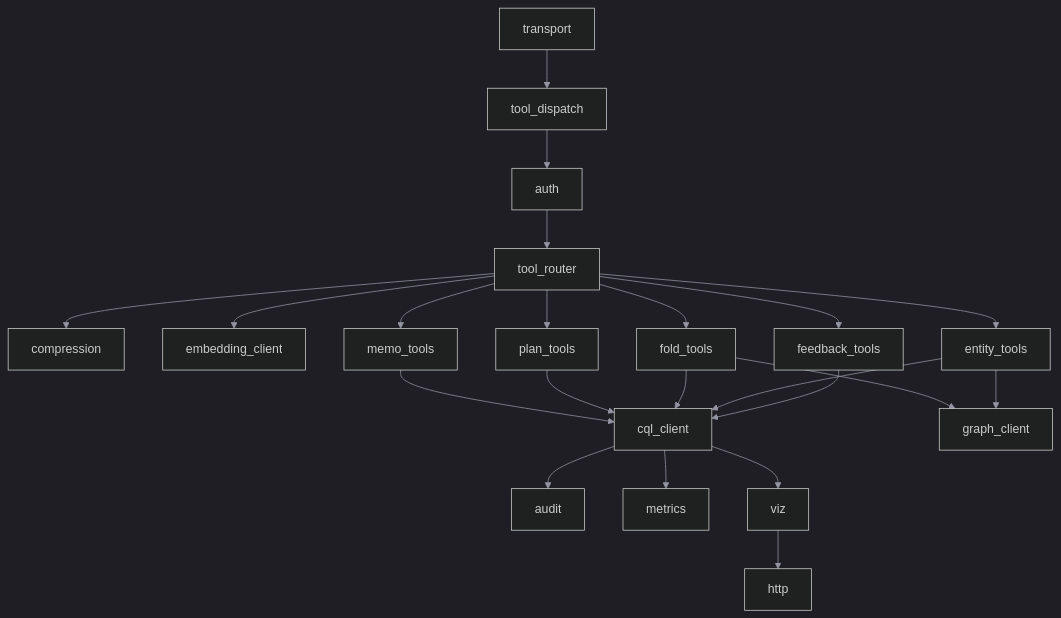
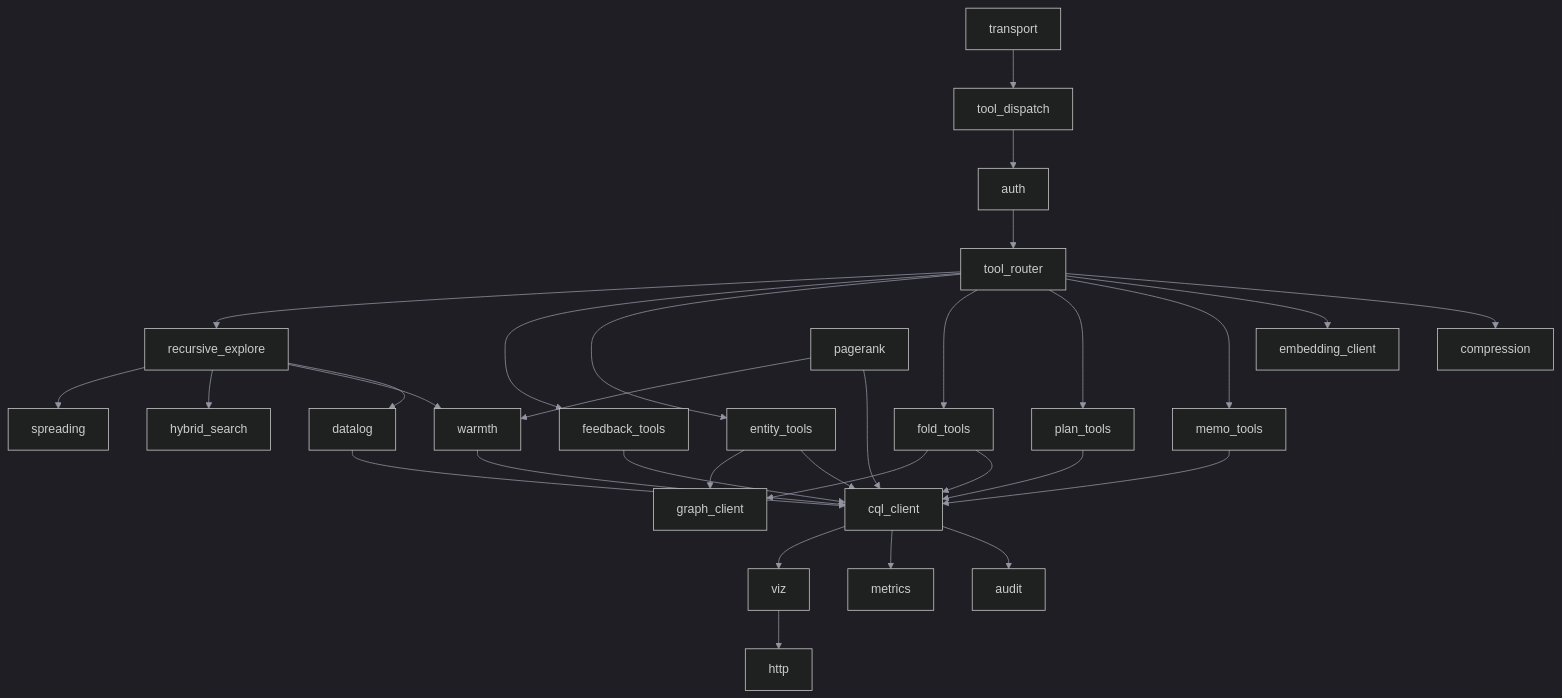
Before and after one commit to ferrosadb/ferrosa-memory: the diagram in specs/components.md, drawn with Mermaid. The commit also changed other lines of this file and 27 other files, not shown here.

First line of the commit message:
feat: Sprint 5 — Recursive Memory Harness + Datalog Graph Inference

````diff
--- a/specs/components.md
+++ b/specs/components.md
@@ -8,25 +8,34 @@
 ```mermaid
 %%{init: {'theme':'dark','themeVariables':{'primaryColor':'#16161f','primaryTextColor':'#e8e8ed','primaryBorderColor':'#e2725b','lineColor':'#9494a3','secondaryColor':'#1c1c28','tertiaryColor':'#111118','clusterBkg':'#111118','clusterBorder':'#1e1e2a','edgeLabelBackground':'#111118','nodeTextColor':'#e8e8ed'}}}%%
 graph TB
     A[transport] --> B[tool_dispatch]
     B --> C[auth]
     C --> D[tool_router]
     D --> E[compression]
     D --> F[embedding_client]
     D --> G[memo_tools]
     D --> H[plan_tools]
     D --> I[fold_tools]
     D --> J[entity_tools]
     D --> K[feedback_tools]
+    D --> RE[recursive_explore]
     G --> L[cql_client]
     H --> L
     I --> L
     I --> M[graph_client]
     J --> L
     J --> M
     K --> L
+    RE --> DL[datalog]
+    RE --> W[warmth]
+    RE --> HS[hybrid_search]
+    RE --> SP[spreading]
+    DL --> L
+    W --> L
+    PR[pagerank] --> L
+    PR --> W
     L --> N[audit]
     L --> O[metrics]
     L --> P[viz]
     P --> Q[http]
 ```
````
